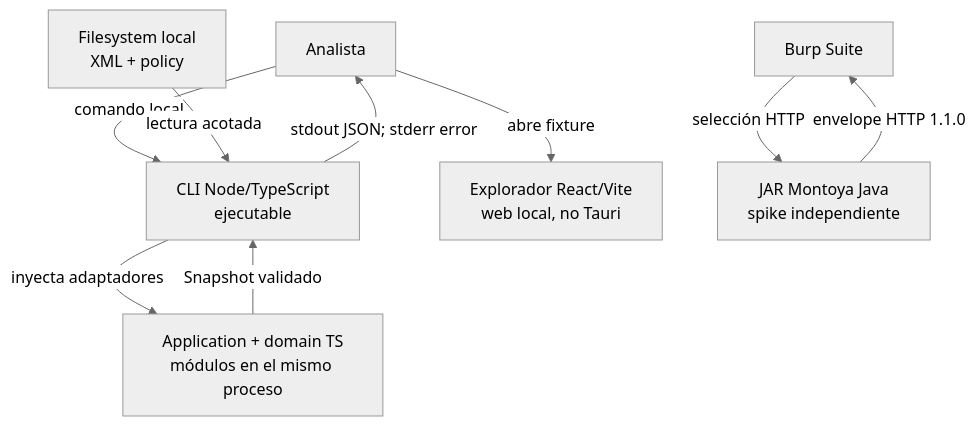
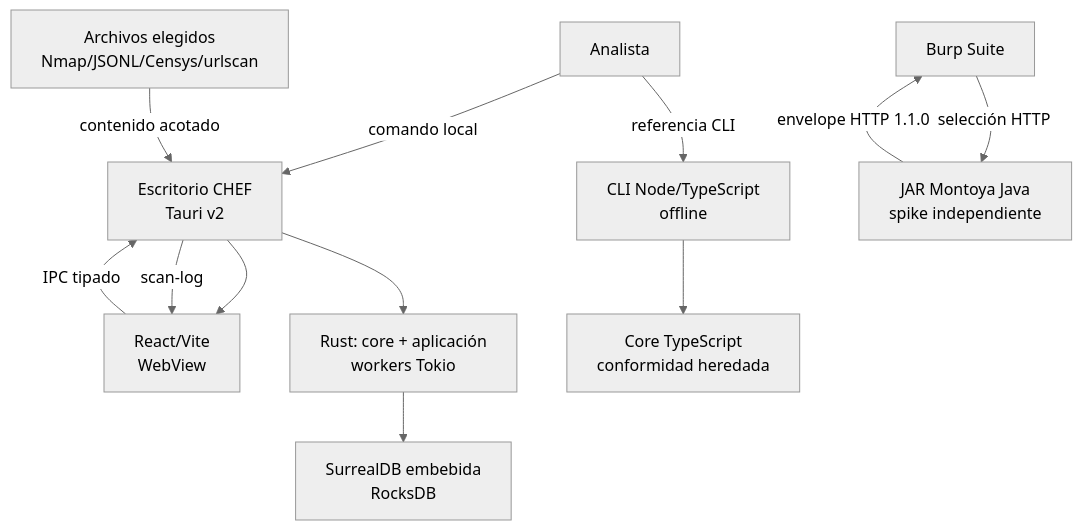
One commit to CyberStill-GmbH/CHEF changed the second of 3 diagrams in docs/architecture/overview.md. Above: the diagram before and after it, drawn with Mermaid (neutral theme). The commit also changed other lines of this file and 10 other files, not shown here.

````diff
--- a/docs/architecture/overview.md
+++ b/docs/architecture/overview.md
@@ -19,11 +19,14 @@
 ```mermaid
 flowchart TB
-  Analyst["Analista"] -->|"comando local"| CLI["CLI Node/TypeScript<br/>ejecutable"]
-  Analyst -->|"abre fixture"| Web["Explorador React/Vite<br/>web local, no Tauri"]
-  XML["Filesystem local<br/>XML + policy"] -->|"lectura acotada"| CLI
-  CLI -->|"inyecta adaptadores"| Core["Application + domain TS<br/>módulos en el mismo proceso"]
-  Core -->|"Snapshot validado"| CLI
-  CLI -->|"stdout JSON; stderr error"| Analyst
+  Analyst["Analista"] -->|"comando local"| Tauri["Escritorio CHEF<br/>Tauri v2"]
+  Tauri --> Web["React/Vite<br/>WebView"]
+  Tauri --> Rust["Rust: core + aplicación<br/>workers Tokio"]
+  Rust --> Store["SurrealDB embebida<br/>RocksDB"]
+  Local["Archivos elegidos<br/>Nmap/JSONL/Censys/urlscan"] -->|"contenido acotado"| Tauri
+  Web -->|"IPC tipado"| Tauri
+  Tauri -->|"scan-log"| Web
+  Analyst -->|"referencia CLI"| CLI["CLI Node/TypeScript<br/>offline"]
+  CLI --> TS["Core TypeScript<br/>conformidad heredada"]
   Burp["Burp Suite"] -->|"selección HTTP"| Jar["JAR Montoya Java<br/>spike independiente"]
   Jar -->|"envelope HTTP 1.1.0"| Burp
 ```
````
